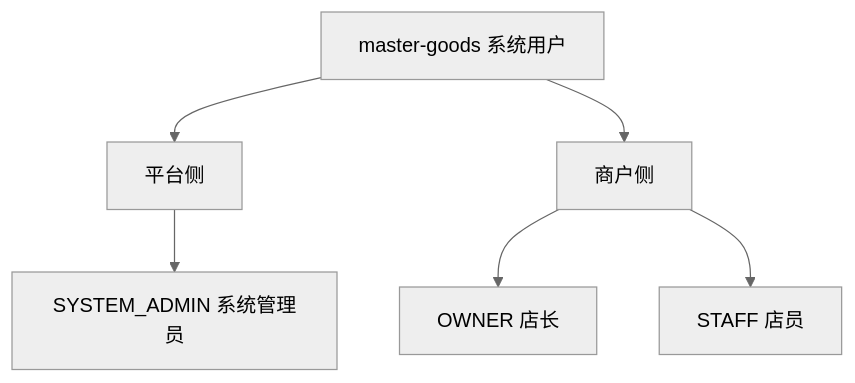
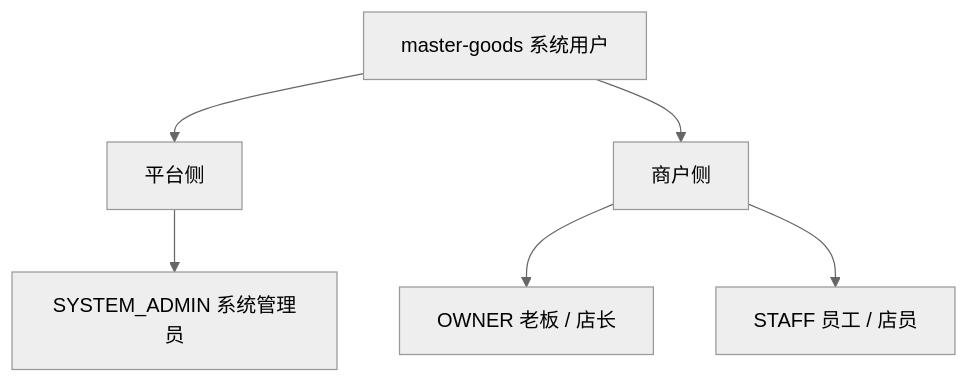
One commit to sxyq/mastergoods changed the first of 17 diagrams in docs/system-design/系统详细设计总览.md. Above: the diagram before and after it, drawn with Mermaid (neutral theme). The commit also changed other lines of this file and 12 other files, not shown here.

Commit message:
docs(system-design): sync detailed design and explain flows

````diff
--- a/docs/system-design/系统详细设计总览.md
+++ b/docs/system-design/系统详细设计总览.md
@@ -20,9 +31,9 @@
 ```mermaid
 flowchart TD
     ROOT[master-goods 系统用户]
     ROOT --> PLATFORM[平台侧]
     PLATFORM --> SA[SYSTEM_ADMIN 系统管理员]
     ROOT --> MERCHANT[商户侧]
-    MERCHANT --> OWNER[OWNER 店长]
-    MERCHANT --> STAFF[STAFF 店员]
+    MERCHANT --> OWNER[OWNER 老板 / 店长]
+    MERCHANT --> STAFF[STAFF 员工 / 店员]
 ```
````
